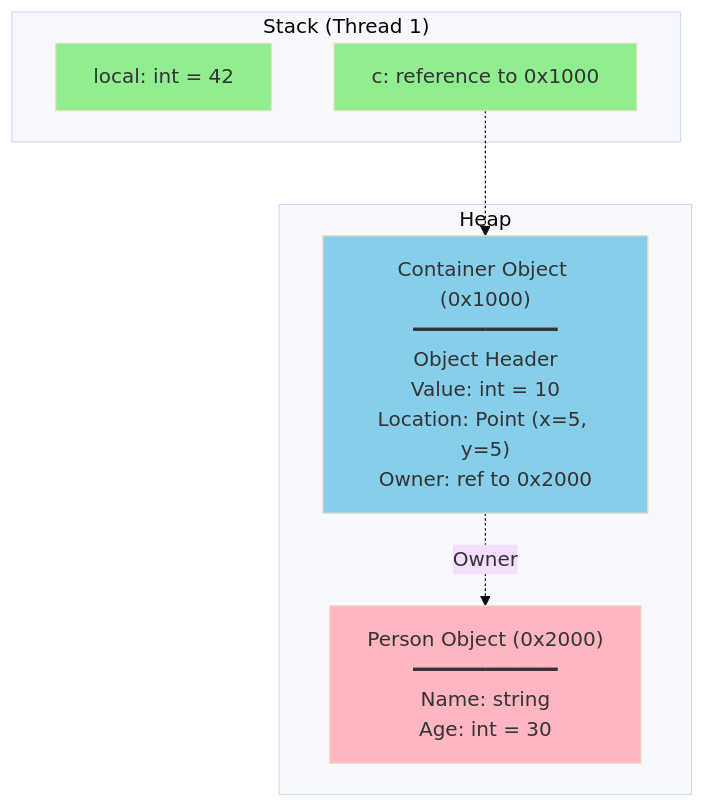
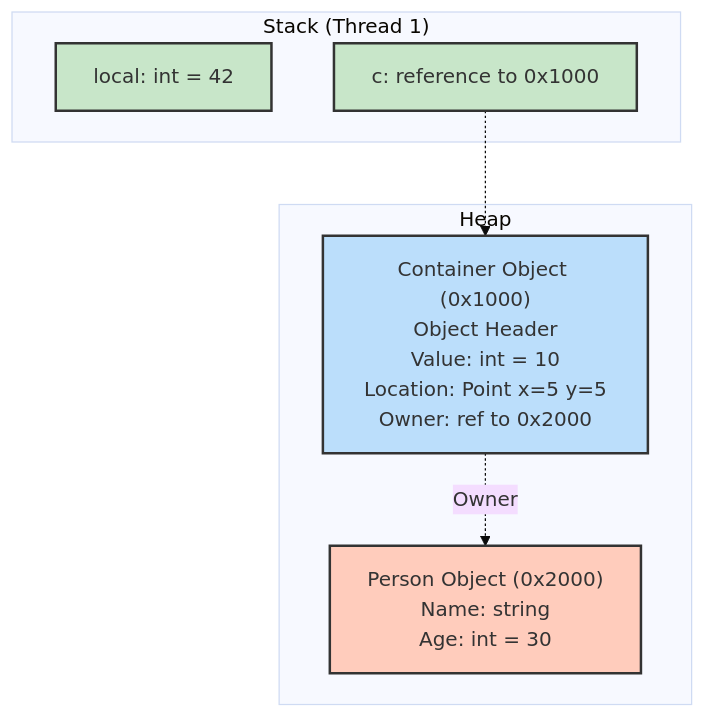
One commit to NguyenPhamCode4You/ai-home-lab-docker-compose changed the second of 7 diagrams in C# fundamentals/day02-memory-gc.md. Above: the diagram before and after it, drawn with Mermaid (base theme). The commit also changed other lines of this file and 10 other files, not shown here.

````diff
--- a/C# fundamentals/day02-memory-gc.md
+++ b/C# fundamentals/day02-memory-gc.md
@@ -156,20 +156,20 @@
 ```mermaid
 graph TB
     subgraph "Stack (Thread 1)"
         S1[local: int = 42]
         S2[c: reference to 0x1000]
     end
 
     subgraph "Heap"
-        H1["Container Object (0x1000)<br/>━━━━━━━━━━━━<br/>Object Header<br/>Value: int = 10<br/>Location: Point (x=5, y=5)<br/>Owner: ref to 0x2000"]
-        H2["Person Object (0x2000)<br/>━━━━━━━━━━━━<br/>Name: string<br/>Age: int = 30"]
+        H1["Container Object (0x1000)<br/>Object Header<br/>Value: int = 10<br/>Location: Point x=5 y=5<br/>Owner: ref to 0x2000"]
+        H2["Person Object (0x2000)<br/>Name: string<br/>Age: int = 30"]
     end
 
     S2 -.-> H1
     H1 -.Owner.-> H2
 
-    style S1 fill:#90EE90
-    style S2 fill:#90EE90
-    style H1 fill:#87CEEB
-    style H2 fill:#FFB6C1
+    style S1 fill:#c8e6c9,stroke:#333,stroke-width:2px
+    style S2 fill:#c8e6c9,stroke:#333,stroke-width:2px
+    style H1 fill:#bbdefb,stroke:#333,stroke-width:2px
+    style H2 fill:#ffccbc,stroke:#333,stroke-width:2px
 ```
````
